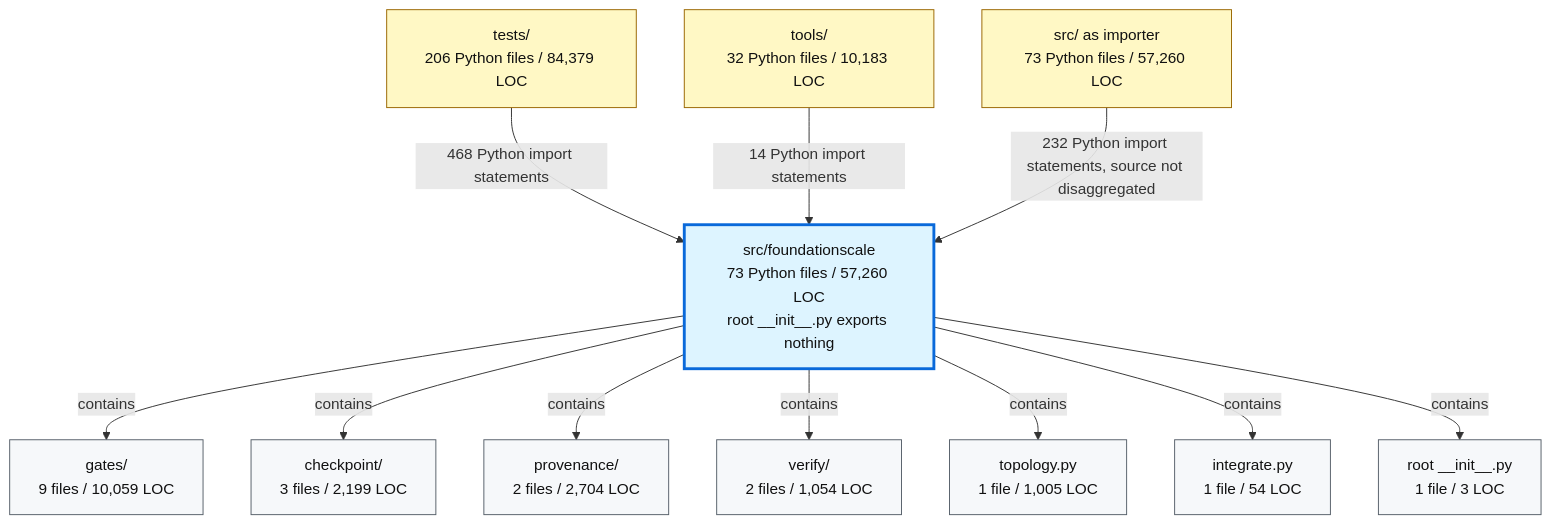
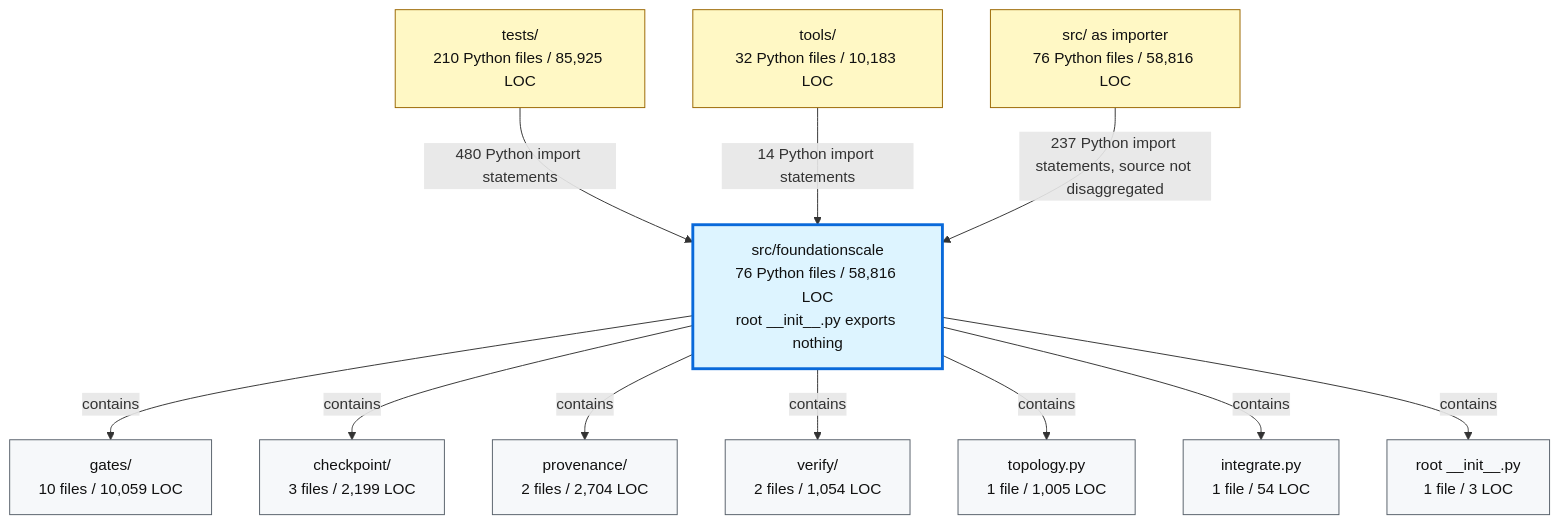
The second of 2 diagrams in docs/review/D2_current_architecture.md (TranNhiem/FoundationScale), drawn with Mermaid before and after one commit. The commit also changed other lines of this file and 26 other files, not shown here.

````diff
--- a/docs/review/D2_current_architecture.md
+++ b/docs/review/D2_current_architecture.md
@@ -97,36 +97,36 @@
 ```mermaid
 flowchart TB
-  TESTS["tests/<br/>206 Python files / 84,379 LOC"]
+  TESTS["tests/<br/>210 Python files / 85,925 LOC"]
   TOOLS["tools/<br/>32 Python files / 10,183 LOC"]
-  SRC["src/ as importer<br/>73 Python files / 57,260 LOC"]
+  SRC["src/ as importer<br/>76 Python files / 58,816 LOC"]
 
-  FS["src/foundationscale<br/>73 Python files / 57,260 LOC<br/>root __init__.py exports nothing"]
+  FS["src/foundationscale<br/>76 Python files / 58,816 LOC<br/>root __init__.py exports nothing"]
 
-  GATES["gates/<br/>9 files / 10,059 LOC"]
+  GATES["gates/<br/>10 files / 10,059 LOC"]
   CKPT["checkpoint/<br/>3 files / 2,199 LOC"]
   PROV["provenance/<br/>2 files / 2,704 LOC"]
   VERIFY["verify/<br/>2 files / 1,054 LOC"]
   TOPO["topology.py<br/>1 file / 1,005 LOC"]
   INTEG["integrate.py<br/>1 file / 54 LOC"]
   ROOT["root __init__.py<br/>1 file / 3 LOC"]
 
-  TESTS -->|"468 Python import statements"| FS
+  TESTS -->|"480 Python import statements"| FS
   TOOLS -->|"14 Python import statements"| FS
-  SRC -->|"232 Python import statements, source not disaggregated"| FS
+  SRC -->|"237 Python import statements, source not disaggregated"| FS
 
   FS -->|"contains"| GATES
   FS -->|"contains"| CKPT
   FS -->|"contains"| PROV
   FS -->|"contains"| VERIFY
   FS -->|"contains"| TOPO
   FS -->|"contains"| INTEG
   FS -->|"contains"| ROOT
 
   classDef consumer fill:#fff8c5,stroke:#9a6700,color:#111;
   classDef package fill:#ddf4ff,stroke:#0969da,stroke-width:3px,color:#111;
   classDef module fill:#f6f8fa,stroke:#57606a,color:#111;
 
   class TESTS,TOOLS,SRC consumer;
   class FS package;
   class GATES,CKPT,PROV,VERIFY,TOPO,INTEG,ROOT module;
 ```
````
